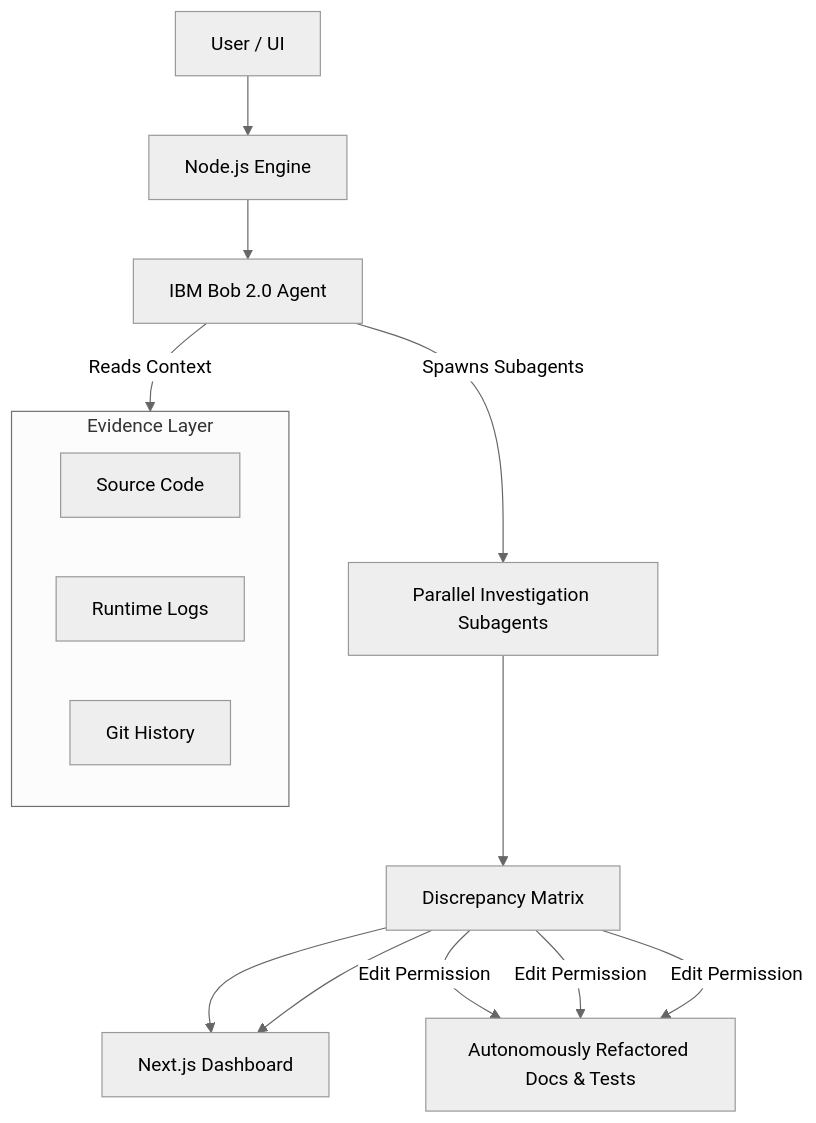
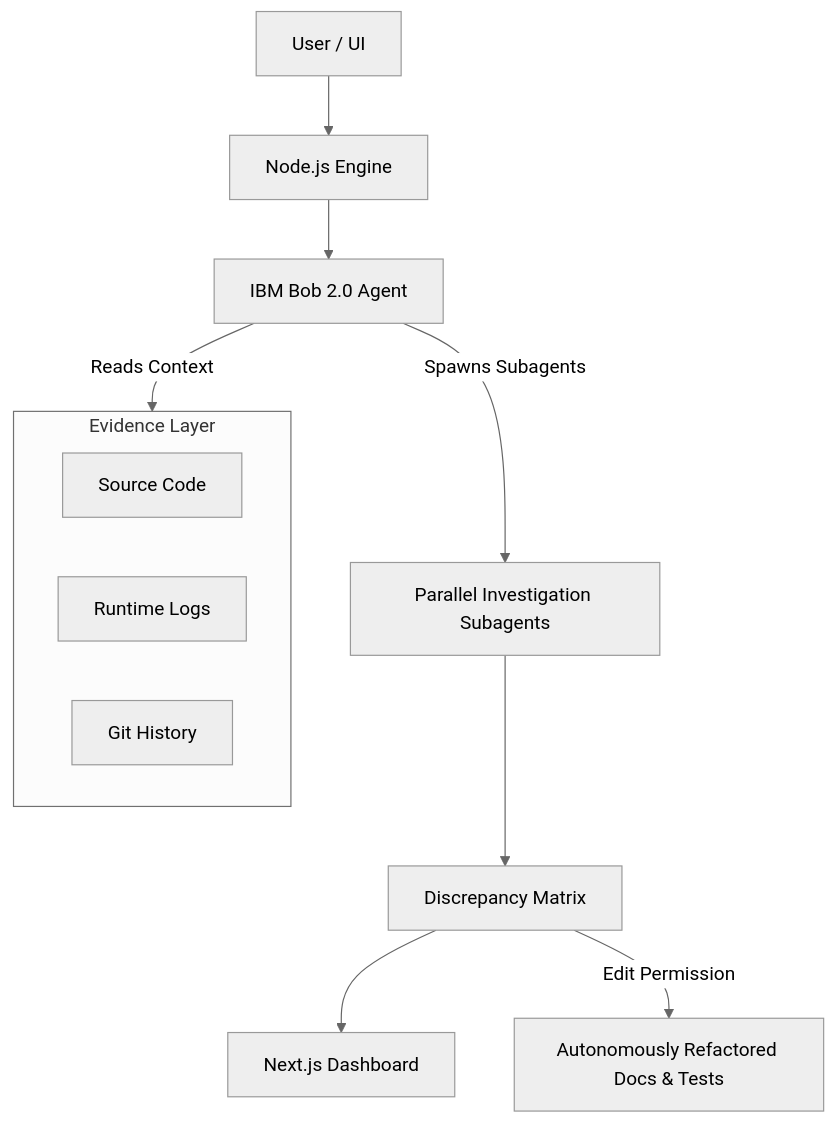
The diagram in README.md (Team-Varishta/protocol-archaeologist), drawn with Mermaid (neutral theme) before and after one commit.

````diff
--- a/README.md
+++ b/README.md
@@ -32,24 +32,18 @@
 ```mermaid
 flowchart TD
     USER["User / UI"] --> ORCHESTRATOR["Node.js Engine"]
     ORCHESTRATOR --> BOB["IBM Bob 2.0 Agent"]
 
     subgraph EvidenceLayer ["Evidence Layer"]
         CODE["Source Code"]
         LOGS["Runtime Logs"]
         GIT["Git History"]
     end
 
     BOB -->|Reads Context| EvidenceLayer
     BOB -->|Spawns Subagents| AGENTS["Parallel Investigation Subagents"]
 
     AGENTS --> FINDINGS["Discrepancy Matrix"]
     FINDINGS --> UI["Next.js Dashboard"]
     FINDINGS -->|Edit Permission| REWRITE["Autonomously Refactored Docs & Tests"]
-
-    FINDINGS --> UI[Next.js Dashboard]
-    
-    FINDINGS -->|Edit Permission| REWRITE[Autonomously Refactored Docs & Tests]
-    
-    FINDINGS -->|Edit Permission| REWRITE[Autonomously Refactored Docs & Tests]
 ```
````
